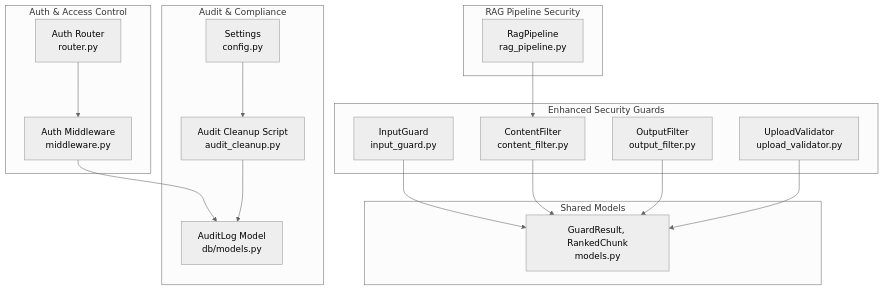
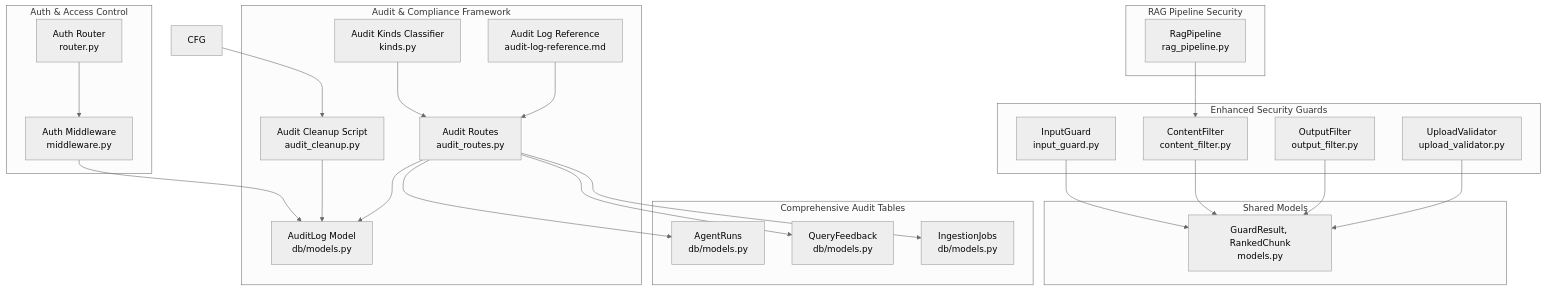
Before and after one commit to genes8/private-ai: the first of 9 diagrams in .qoder/repowiki/en/content/Security and Compliance/Security and Compliance.md, drawn with Mermaid (neutral theme). The commit also changed other lines of this file and 36 other files, not shown here.

````diff
--- a/.qoder/repowiki/en/content/Security and Compliance/Security and Compliance.md
+++ b/.qoder/repowiki/en/content/Security and Compliance/Security and Compliance.md
@@ -51,33 +59,46 @@
 ```mermaid
 graph TB
 subgraph "Enhanced Security Guards"
 IG["InputGuard<br/>input_guard.py"]
 CF["ContentFilter<br/>content_filter.py"]
 OF["OutputFilter<br/>output_filter.py"]
 UV["UploadValidator<br/>upload_validator.py"]
 end
 subgraph "RAG Pipeline Security"
 RP["RagPipeline<br/>rag_pipeline.py"]
 end
 subgraph "Auth & Access Control"
 MW["Auth Middleware<br/>middleware.py"]
 AR["Auth Router<br/>router.py"]
 end
-subgraph "Audit & Compliance"
+subgraph "Audit & Compliance Framework"
 AL["AuditLog Model<br/>db/models.py"]
 AC["Audit Cleanup Script<br/>audit_cleanup.py"]
-CFG["Settings<br/>config.py"]
+ARF["Audit Routes<br/>audit_routes.py"]
+AK["Audit Kinds Classifier<br/>kinds.py"]
+ALR["Audit Log Reference<br/>audit-log-reference.md"]
+end
+subgraph "Comprehensive Audit Tables"
+AT1["AgentRuns<br/>db/models.py"]
+AT2["QueryFeedback<br/>db/models.py"]
+AT3["IngestionJobs<br/>db/models.py"]
 end
 subgraph "Shared Models"
 GM["GuardResult, RankedChunk<br/>models.py"]
 end
 IG --> GM
 CF --> GM
 OF --> GM
 UV --> GM
 RP --> CF
 AR --> MW
 MW --> AL
 AC --> AL
+ARF --> AL
+ARF --> AT1
+ARF --> AT2
+ARF --> AT3
+AK --> ARF
+ALR --> ARF
 CFG --> AC
 ```
````
